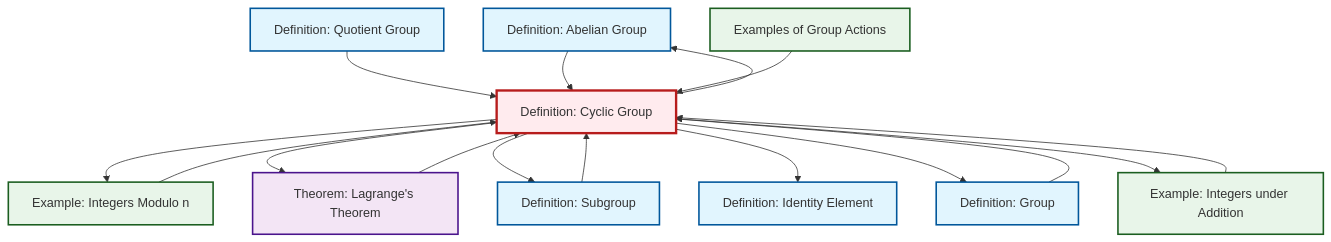
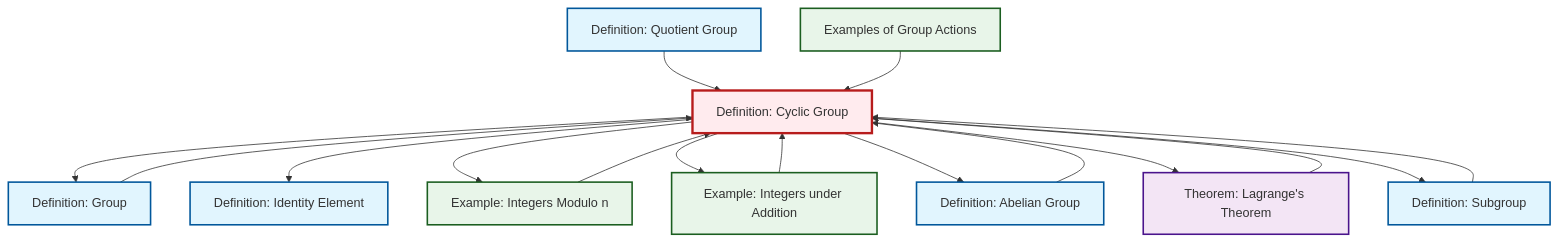
Before and after one commit to RK0429/ModernMath: the diagram in content/en/algebra/def-cyclic-group.qmd, drawn with Mermaid. The commit also changed other lines of this file and 615 other files, not shown here.

````diff
--- a/content/en/algebra/def-cyclic-group.qmd
+++ b/content/en/algebra/def-cyclic-group.qmd
@@ -88,44 +88,44 @@
 ```{mermaid}
 %%| fig-cap: "Local dependency graph"
 graph TD
     classDef definition fill:#e1f5fe,stroke:#01579b,stroke-width:2px
     classDef theorem fill:#f3e5f5,stroke:#4a148c,stroke-width:2px
     classDef axiom fill:#fff3e0,stroke:#e65100,stroke-width:2px
     classDef example fill:#e8f5e9,stroke:#1b5e20,stroke-width:2px
     classDef current fill:#ffebee,stroke:#b71c1c,stroke-width:3px
-    def-abelian-group["Definition: Abelian Group"]:::definition
+    ex-group-action-examples["Examples of Group Actions"]:::example
     ex-integers-addition["Example: Integers under Addition"]:::example
-    ex-group-action-examples["Examples of Group Actions"]:::example
-    def-quotient-group["Definition: Quotient Group"]:::definition
-    ex-quotient-integers-mod-n["Example: Integers Modulo n"]:::example
-    def-cyclic-group["Definition: Cyclic Group"]:::definition
-    thm-lagrange["Theorem: Lagrange's Theorem"]:::theorem
-    def-identity-element["Definition: Identity Element"]:::definition
     def-group["Definition: Group"]:::definition
     def-subgroup["Definition: Subgroup"]:::definition
+    def-cyclic-group["Definition: Cyclic Group"]:::definition
+    def-identity-element["Definition: Identity Element"]:::definition
+    thm-lagrange["Theorem: Lagrange's Theorem"]:::theorem
+    def-abelian-group["Definition: Abelian Group"]:::definition
+    ex-quotient-integers-mod-n["Example: Integers Modulo n"]:::example
+    def-quotient-group["Definition: Quotient Group"]:::definition
+    def-cyclic-group --> def-group
+    def-cyclic-group --> def-identity-element
+    def-cyclic-group --> ex-quotient-integers-mod-n
+    def-quotient-group --> def-cyclic-group
+    def-cyclic-group --> ex-integers-addition
+    def-cyclic-group --> def-abelian-group
+    def-cyclic-group --> thm-lagrange
+    ex-group-action-examples --> def-cyclic-group
+    ex-integers-addition --> def-cyclic-group
     thm-lagrange --> def-cyclic-group
-    def-cyclic-group --> ex-quotient-integers-mod-n
-    def-cyclic-group --> thm-lagrange
-    def-cyclic-group --> def-subgroup
-    def-quotient-group --> def-cyclic-group
     def-group --> def-cyclic-group
-    def-cyclic-group --> def-identity-element
     ex-quotient-integers-mod-n --> def-cyclic-group
-    def-cyclic-group --> def-abelian-group
     def-subgroup --> def-cyclic-group
     def-abelian-group --> def-cyclic-group
-    def-cyclic-group --> def-group
-    ex-group-action-examples --> def-cyclic-group
-    ex-integers-addition --> def-cyclic-group
-    def-cyclic-group --> ex-integers-addition
+    def-cyclic-group --> def-subgroup
     class def-cyclic-group current
-    click def-abelian-group "def-abelian-group.html" "Go to Abelian Group definition"
+    click ex-group-action-examples "ex-group-action-examples.html" "Go to Examples of Group Actions"
     click ex-integers-addition "ex-integers-addition.html" "Go to Integers under Addition example"
-    click ex-group-action-examples "ex-group-action-examples.html" "Go to Examples of Group Actions"
-    click def-quotient-group "def-quotient-group.html" "Go to Quotient Group definition"
-    click ex-quotient-integers-mod-n "ex-quotient-integers-mod-n.html" "Go to Integers Modulo n example"
-    click thm-lagrange "thm-lagrange.html" "Go to Lagrange's Theorem theorem"
-    click def-identity-element "def-identity-element.html" "Go to Identity Element definition"
     click def-group "def-group.html" "Go to Group definition"
     click def-subgroup "def-subgroup.html" "Go to Subgroup definition"
+    click def-identity-element "def-identity-element.html" "Go to Identity Element definition"
+    click thm-lagrange "thm-lagrange.html" "Go to Lagrange's Theorem theorem"
+    click def-abelian-group "def-abelian-group.html" "Go to Abelian Group definition"
+    click ex-quotient-integers-mod-n "ex-quotient-integers-mod-n.html" "Go to Integers Modulo n example"
+    click def-quotient-group "def-quotient-group.html" "Go to Quotient Group definition"
 ```
````
